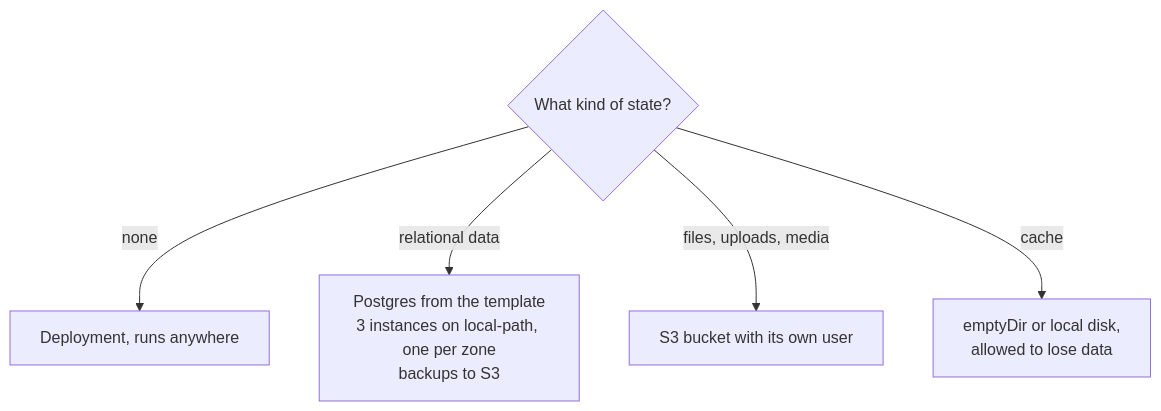
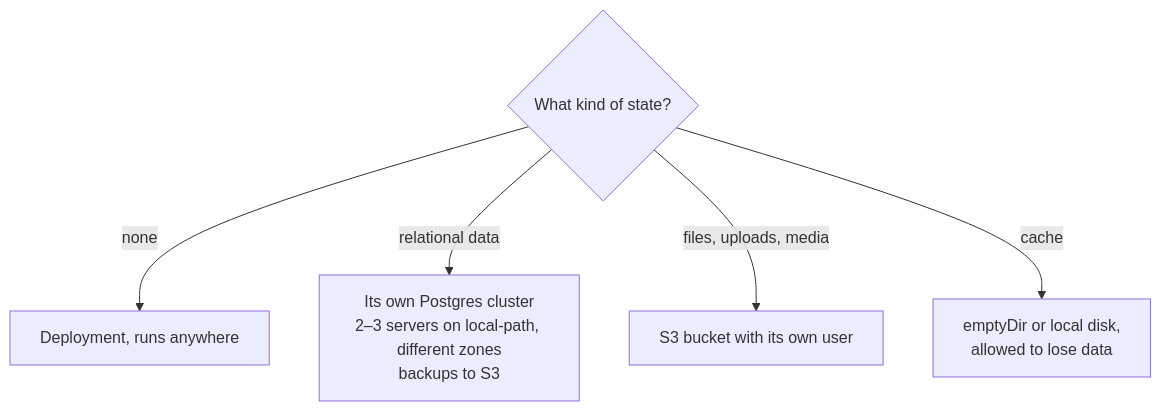
Before and after one commit to jurrebuunk/nix-cluster: the diagram in docs/how-to/build-an-app.md, drawn with Mermaid. The commit also changed other lines of this file and 1 other file, not shown here.

First line of the commit message:
Docs: databases per app with CloudNativePG, monitoring from k3s

````diff
--- a/docs/how-to/build-an-app.md
+++ b/docs/how-to/build-an-app.md
@@ -55,8 +55,8 @@
 ```mermaid
 flowchart TD
   q{What kind of state?}
   q -- none --> stateless[Deployment, runs anywhere]
-  q -- relational data --> pg[Postgres from the template<br/>3 instances on local-path, one per zone<br/>backups to S3]
+  q -- relational data --> pg[Its own Postgres cluster<br/>2–3 servers on local-path, different zones<br/>backups to S3]
   q -- files, uploads, media --> s3[S3 bucket with its own user]
   q -- cache --> cache[emptyDir or local disk,<br/>allowed to lose data]
 ```
````
